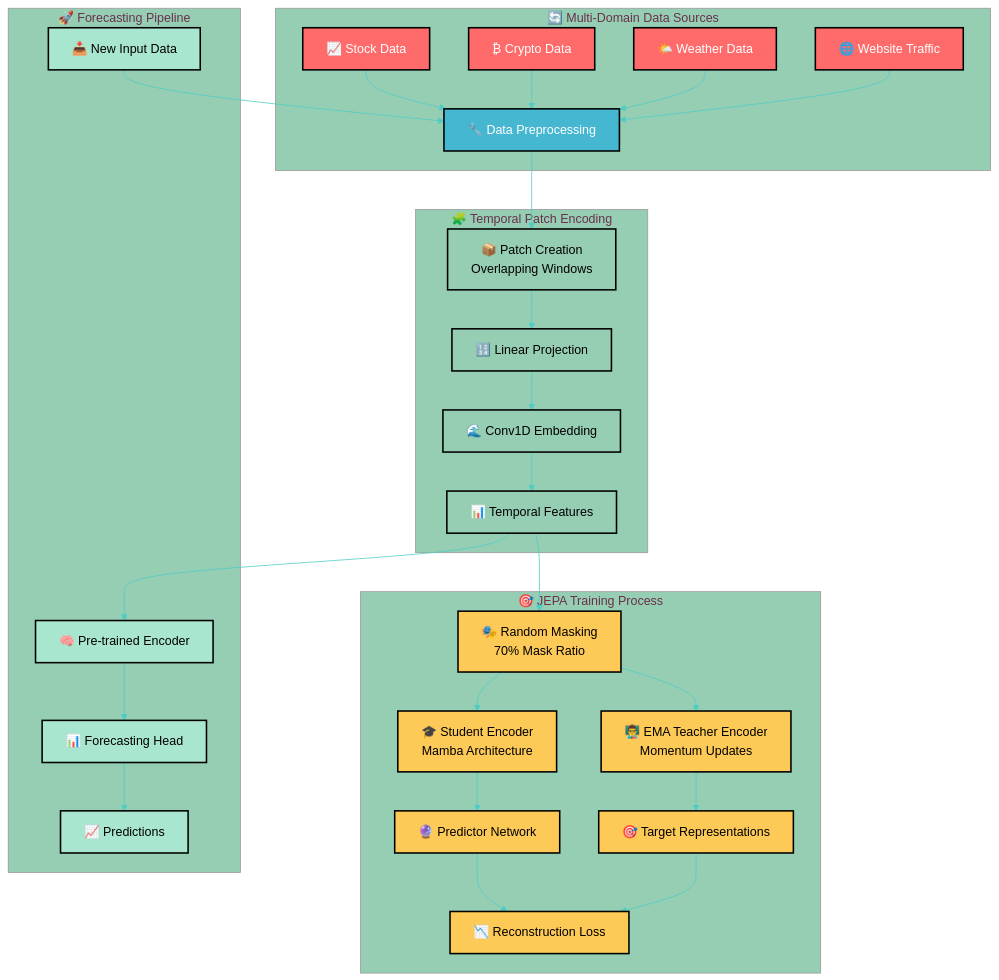
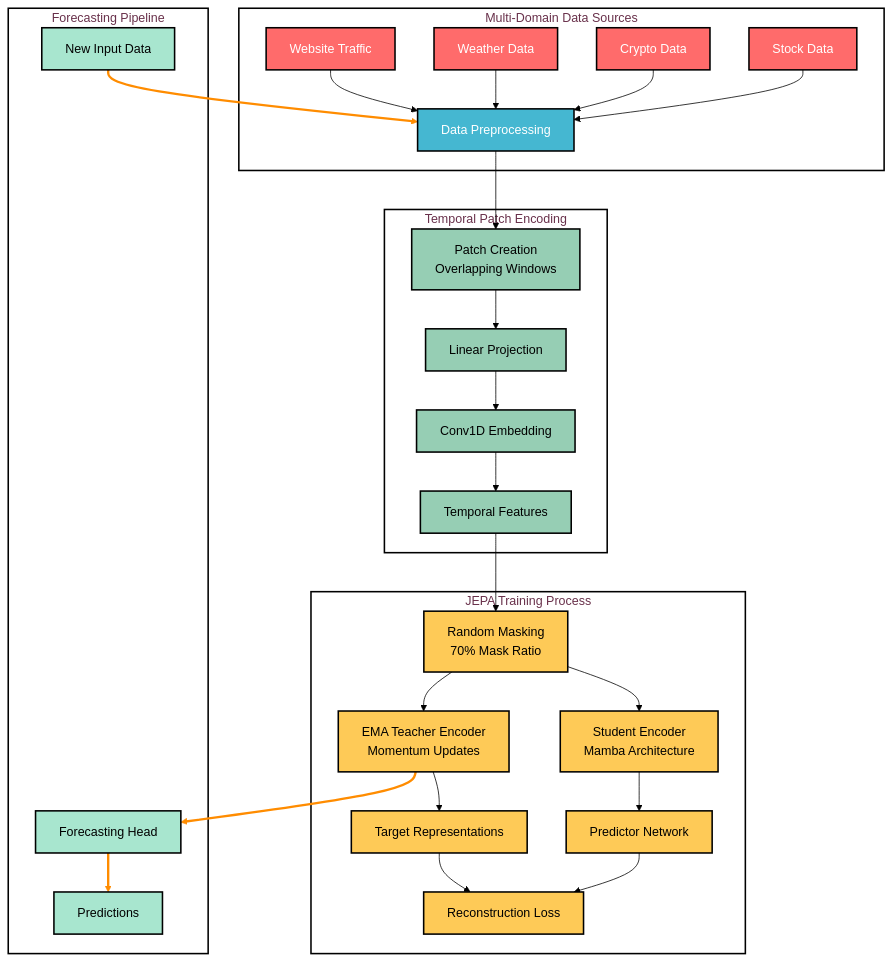
Before and after one commit to damoonsh/temporal-encoding: the diagram in README.md, drawn with Mermaid.

Commit message:
fixing the diagram

````diff
--- a/README.md
+++ b/README.md
@@ -28,54 +28,63 @@
 ```mermaid
-%%{init: {'theme':'base', 'themeVariables': {'primaryColor': '#FF6B6B', 'primaryTextColor': '#000000', 'primaryBorderColor': '#000000', 'lineColor': '#4ECDC4', 'secondaryColor': '#45B7D1', 'tertiaryColor': '#96CEB4', 'background': '#ffffff', 'mainBkg': '#FF6B6B', 'secondBkg': '#45B7D1', 'tertiaryBkg': '#96CEB4'}}}%%
+%%{init: {'theme':'base', 'themeVariables': {'primaryColor': '#FF6B6B', 'primaryTextColor': '#000000', 'primaryBorderColor': '#000000', 'lineColor': '#000000', 'secondaryColor': '#45B7D1', 'tertiaryColor': '#96CEB4', 'background': '#ffffff', 'mainBkg': '#ffffff', 'secondBkg': '#ffffff', 'tertiaryBkg': '#ffffff'}}}%%
 graph TB
-    subgraph S1 ["🔄 Multi-Domain Data Sources"]
-        A[📈 Stock Data] --> D[🔧 Data Preprocessing]
-        B[₿ Crypto Data] --> D
-        C[🌤️ Weather Data] --> D
-        E[🌐 Website Traffic] --> D
+    subgraph S1 ["Multi-Domain Data Sources"]
+        A[Stock Data] --> D[Data Preprocessing]
+        B[Crypto Data] --> D
+        C[Weather Data] --> D
+        E[Website Traffic] --> D
     end
     
-    subgraph S2 ["🧩 Temporal Patch Encoding"]
-        D --> F[📦 Patch Creation<br/>Overlapping Windows]
-        F --> G[🔢 Linear Projection]
-        G --> H[🌊 Conv1D Embedding]
-        H --> I[📊 Temporal Features]
+    subgraph S2 ["Temporal Patch Encoding"]
+        D --> F[Patch Creation<br/>Overlapping Windows]
+        F --> G[Linear Projection]
+        G --> H[Conv1D Embedding]
+        H --> I[Temporal Features]
     end
     
-    subgraph S3 ["🎯 JEPA Training Process"]
-        I --> J[🎭 Random Masking<br/>70% Mask Ratio]
-        J --> K[🎓 Student Encoder<br/>Mamba Architecture]
-        J --> L[👨‍🏫 EMA Teacher Encoder<br/>Momentum Updates]
-        K --> M[🔮 Predictor Network]
-        L --> N[🎯 Target Representations]
-        M --> O[📉 Reconstruction Loss]
+    subgraph S3 ["JEPA Training Process"]
+        I --> J[Random Masking<br/>70% Mask Ratio]
+
+        J --> L[EMA Teacher Encoder<br/>Momentum Updates]
+        K --> M[Predictor Network]
+        J --> K[Student Encoder<br/>Mamba Architecture]
+        
+        L --> N[Target Representations]
+        M --> O[Reconstruction Loss]
         N --> O
     end
     
-    subgraph S4 ["🚀 Forecasting Pipeline"]
-        P[📥 New Input Data] --> D
-        I --> Q[🧠 Pre-trained Encoder]
-        Q --> R[📊 Forecasting Head]
-        R --> S[📈 Predictions]
+    subgraph S4 ["Forecasting Pipeline"]
+        P[New Input Data] --> D
+        L --> R[Forecasting Head]
+        R --> S[Predictions]
     end
+    
+    style S1 fill:#ffffff,stroke:#000,stroke-width:2px
+    style S2 fill:#ffffff,stroke:#000,stroke-width:2px
+    style S3 fill:#ffffff,stroke:#000,stroke-width:2px
+    style S4 fill:#ffffff,stroke:#000,stroke-width:2px
     
     style A fill:#FF6B6B,stroke:#000,stroke-width:2px,color:#fff
     style B fill:#FF6B6B,stroke:#000,stroke-width:2px,color:#fff
     style C fill:#FF6B6B,stroke:#000,stroke-width:2px,color:#fff
     style E fill:#FF6B6B,stroke:#000,stroke-width:2px,color:#fff
     style D fill:#45B7D1,stroke:#000,stroke-width:2px,color:#fff
     style F fill:#96CEB4,stroke:#000,stroke-width:2px,color:#000
     style G fill:#96CEB4,stroke:#000,stroke-width:2px,color:#000
     style H fill:#96CEB4,stroke:#000,stroke-width:2px,color:#000
     style I fill:#96CEB4,stroke:#000,stroke-width:2px,color:#000
     style J fill:#FECA57,stroke:#000,stroke-width:2px,color:#000
     style K fill:#FECA57,stroke:#000,stroke-width:2px,color:#000
     style L fill:#FECA57,stroke:#000,stroke-width:2px,color:#000
     style M fill:#FECA57,stroke:#000,stroke-width:2px,color:#000
     style N fill:#FECA57,stroke:#000,stroke-width:2px,color:#000
     style O fill:#FECA57,stroke:#000,stroke-width:2px,color:#000
     style P fill:#A8E6CF,stroke:#000,stroke-width:2px,color:#000
-    style Q fill:#A8E6CF,stroke:#000,stroke-width:2px,color:#000
     style R fill:#A8E6CF,stroke:#000,stroke-width:2px,color:#000
     style S fill:#A8E6CF,stroke:#000,stroke-width:2px,color:#000
+    
+    linkStyle 15 stroke:#FF8C00,stroke-width:3px
+    linkStyle 16 stroke:#FF8C00,stroke-width:3px
+    linkStyle 17 stroke:#FF8C00,stroke-width:3px
 ```
````
